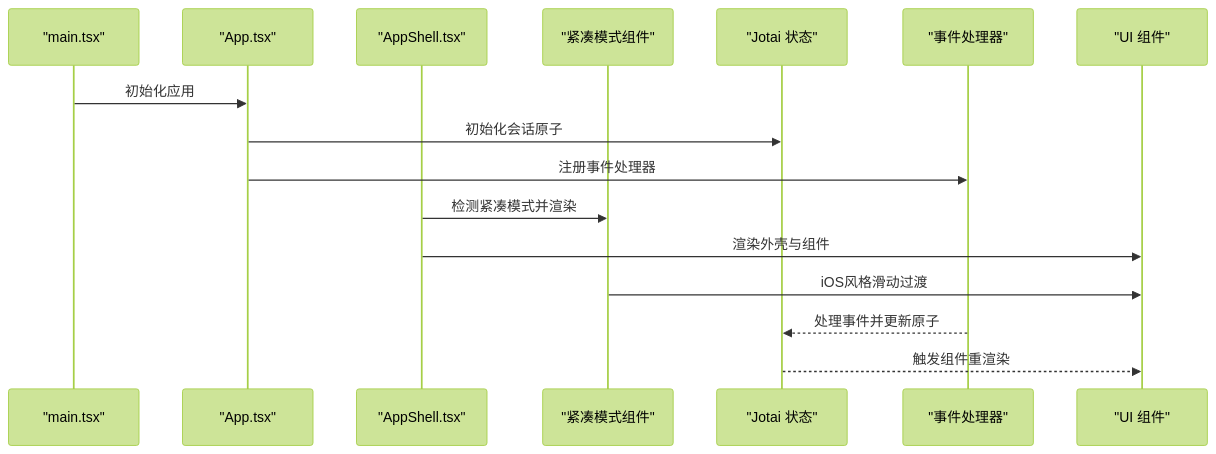
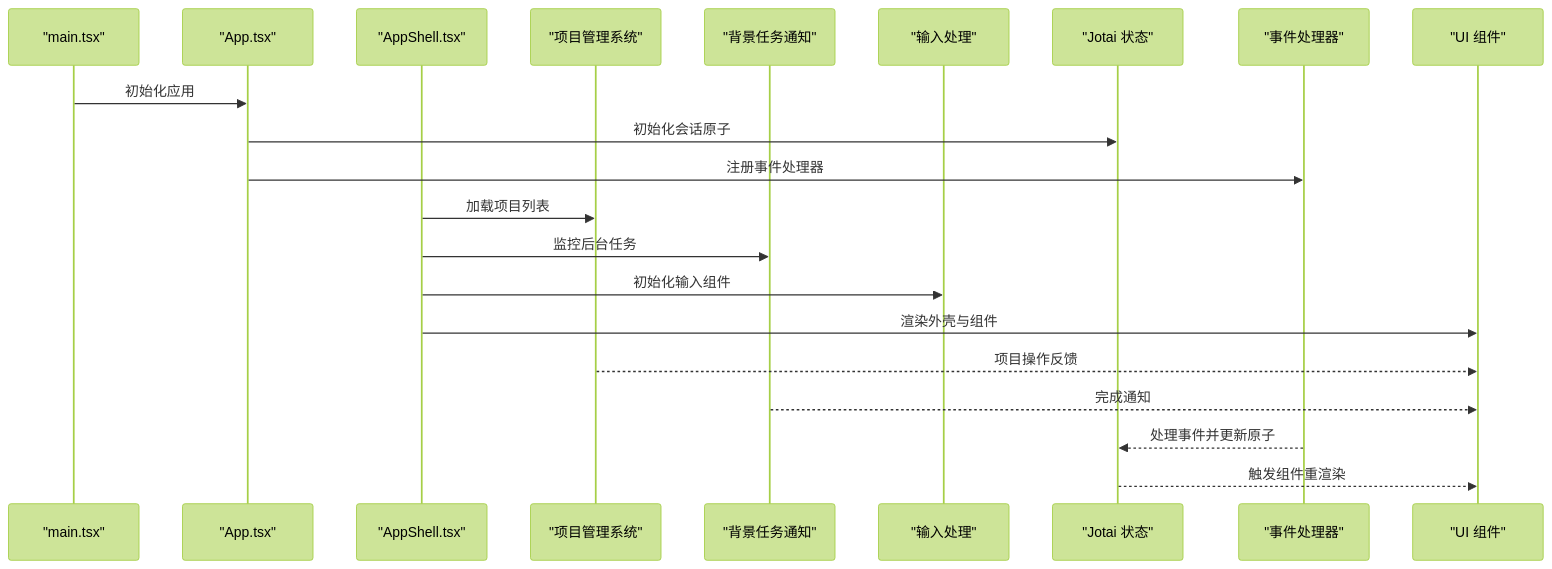
Before and after one commit to haolange/craft-agents-oss: the second of 13 diagrams in .qoder/repowiki/zh/content/桌面应用开发/渲染进程开发/渲染进程开发.md, drawn with Mermaid (forest theme). The commit also changed other lines of this file and 8 other files, not shown here.

````diff
--- a/.qoder/repowiki/zh/content/桌面应用开发/渲染进程开发/渲染进程开发.md
+++ b/.qoder/repowiki/zh/content/桌面应用开发/渲染进程开发/渲染进程开发.md
@@ -132,18 +155,23 @@
 ```mermaid
 sequenceDiagram
 participant Main as "main.tsx"
 participant App as "App.tsx"
 participant Shell as "AppShell.tsx"
-participant Compact as "紧凑模式组件"
+participant Projects as "项目管理系统"
+participant Background as "背景任务通知"
+participant Input as "输入处理"
 participant Store as "Jotai 状态"
 participant EP as "事件处理器"
 participant UI as "UI 组件"
 Main->>App : 初始化应用
 App->>Store : 初始化会话原子
 App->>EP : 注册事件处理器
-Shell->>Compact : 检测紧凑模式并渲染
+Shell->>Projects : 加载项目列表
+Shell->>Background : 监控后台任务
+Shell->>Input : 初始化输入组件
 Shell->>UI : 渲染外壳与组件
-Compact->>UI : iOS风格滑动过渡
+Projects-->>UI : 项目操作反馈
+Background-->>UI : 完成通知
 EP-->>Store : 处理事件并更新原子
 Store-->>UI : 触发组件重渲染
 ```
````
